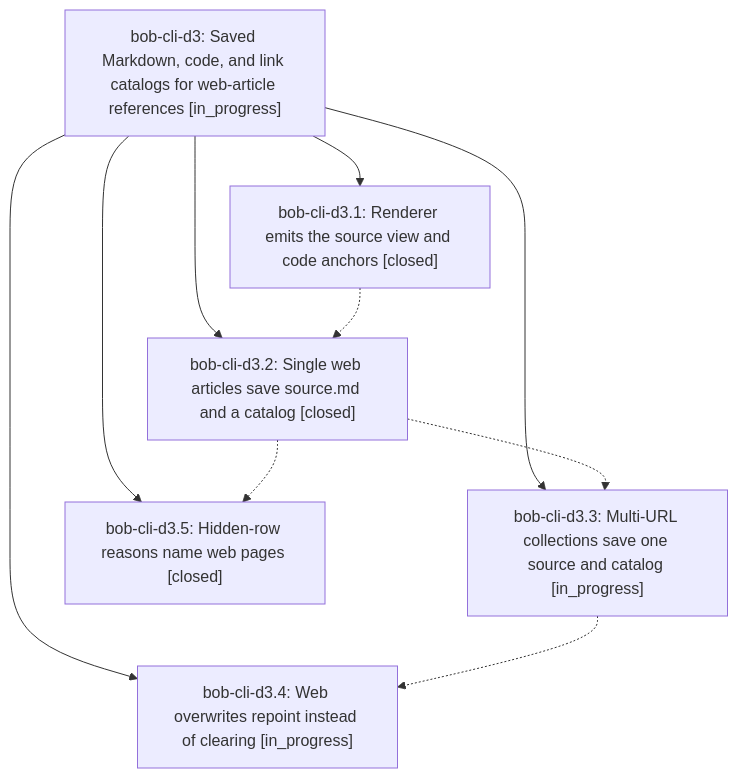
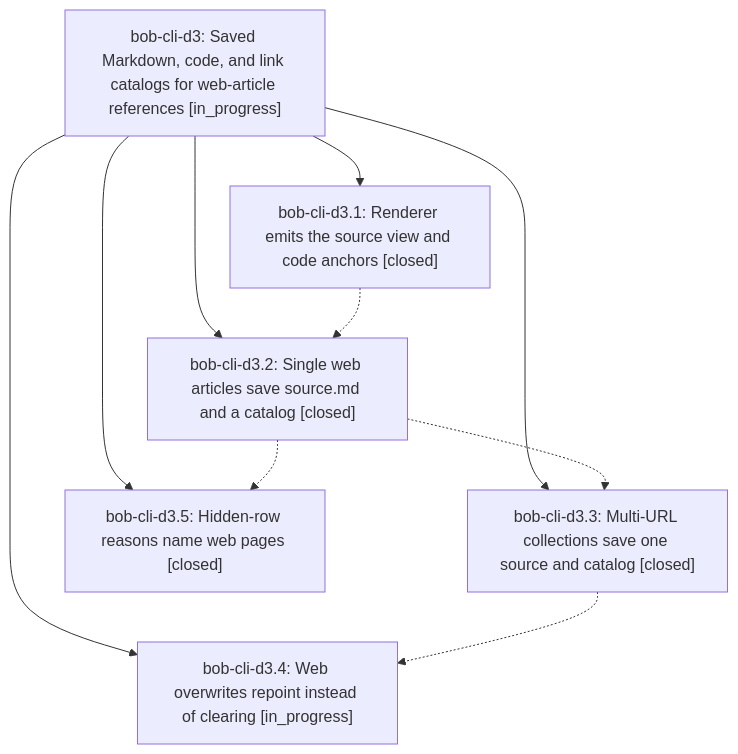
Before and after one commit to bobs-org/bob-cli--beads: the diagram in pages/bob-cli-d3/README.md, drawn with Mermaid. The commit also changed other lines of this file and 4 other files, not shown here.

First line of the commit message:
chore(beads): sync bead state and pages for bob-cli-d3

````diff
--- a/pages/bob-cli-d3/README.md
+++ b/pages/bob-cli-d3/README.md
@@ -38,18 +38,18 @@
 ```mermaid
 flowchart TD
     n0["bob-cli-d3: Saved Markdown, code, and link catalogs for web-article references [in_progress]"]
     n1["bob-cli-d3.1: Renderer emits the source view and code anchors [closed]"]
     n2["bob-cli-d3.2: Single web articles save source.md and a catalog [closed]"]
-    n3["bob-cli-d3.3: Multi-URL collections save one source and catalog [in_progress]"]
+    n3["bob-cli-d3.3: Multi-URL collections save one source and catalog [closed]"]
     n4["bob-cli-d3.4: Web overwrites repoint instead of clearing [in_progress]"]
     n5["bob-cli-d3.5: Hidden-row reasons name web pages [closed]"]
     n0 --> n1
     n0 --> n2
     n0 --> n3
     n0 --> n4
     n0 --> n5
     n1 -.-> n2
     n2 -.-> n3
     n2 -.-> n5
     n3 -.-> n4
 ```
````
